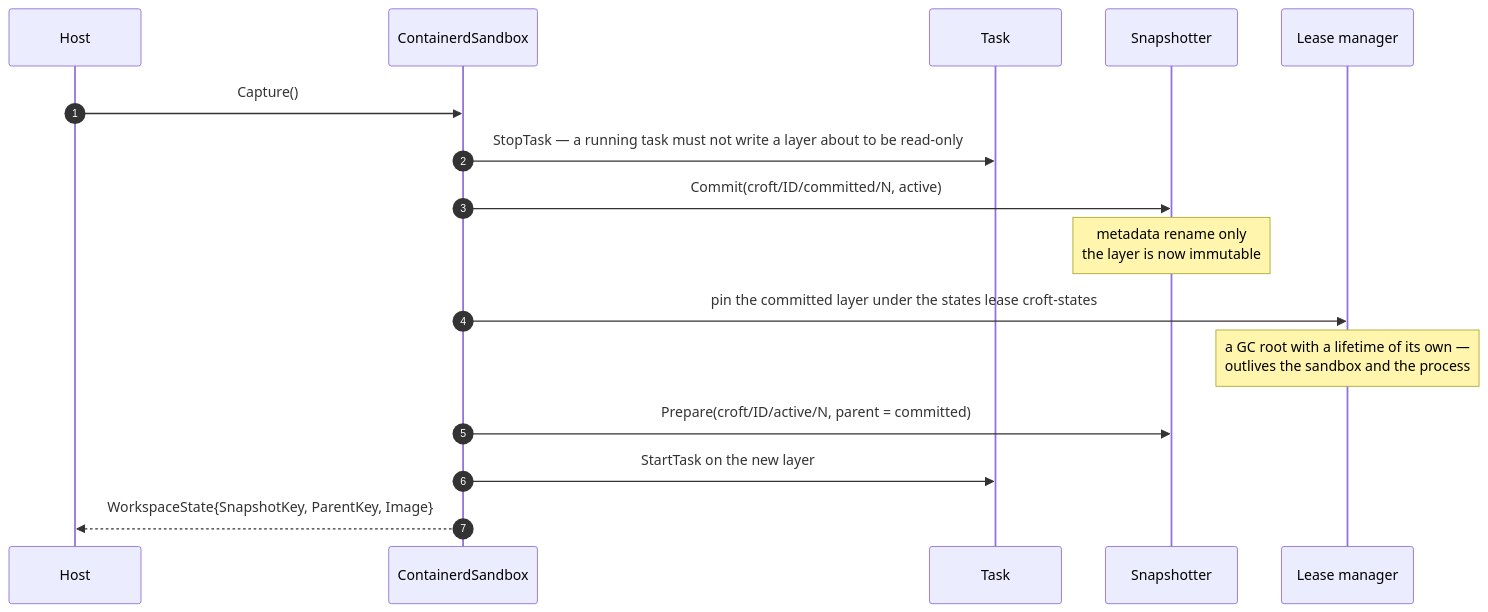
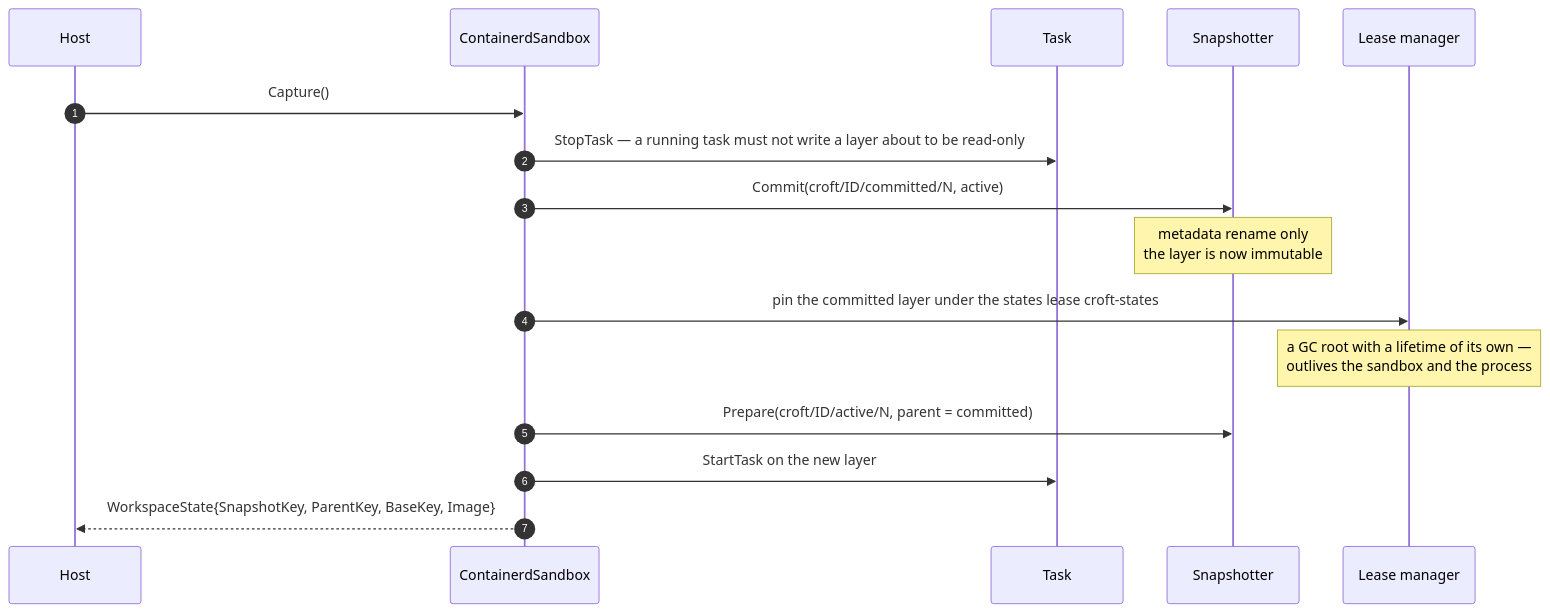
Before and after one commit to buchenberg/croft: the third of 5 diagrams in docs/overview.md, drawn with Mermaid. The commit also changed other lines of this file and 6 other files, not shown here.

````diff
--- a/docs/overview.md
+++ b/docs/overview.md
@@ -110,19 +111,19 @@
 ```mermaid
 sequenceDiagram
     autonumber
     participant H as Host
     participant S as ContainerdSandbox
     participant T as Task
     participant K as Snapshotter
     participant L as Lease manager
 
     H->>S: Capture()
     S->>T: StopTask — a running task must not write a layer about to be read-only
     S->>K: Commit(croft/ID/committed/N, active)
     Note over K: metadata rename only<br/>the layer is now immutable
     S->>L: pin the committed layer under the states lease croft-states
     Note over L: a GC root with a lifetime of its own —<br/>outlives the sandbox and the process
     S->>K: Prepare(croft/ID/active/N, parent = committed)
     S->>T: StartTask on the new layer
-    S-->>H: WorkspaceState{SnapshotKey, ParentKey, Image}
+    S-->>H: WorkspaceState{SnapshotKey, ParentKey, BaseKey, Image}
 ```
````
